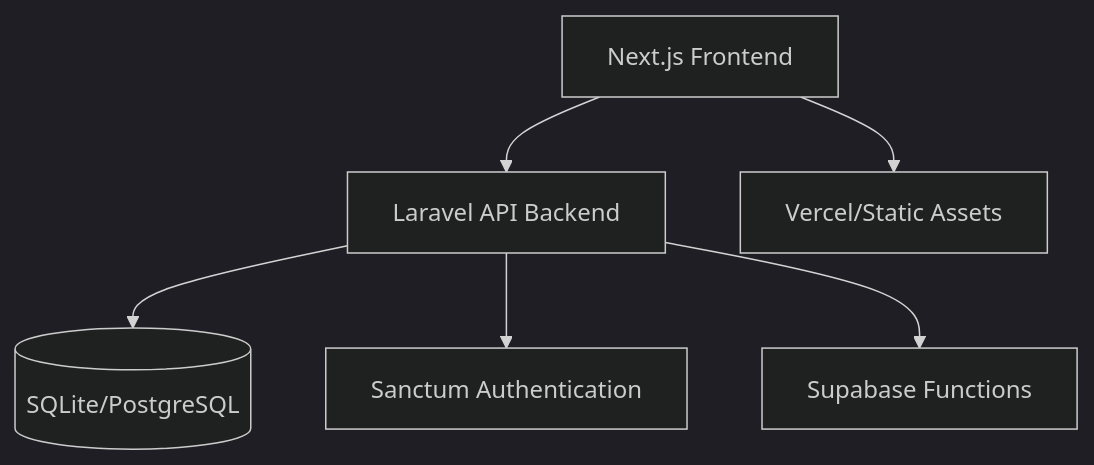
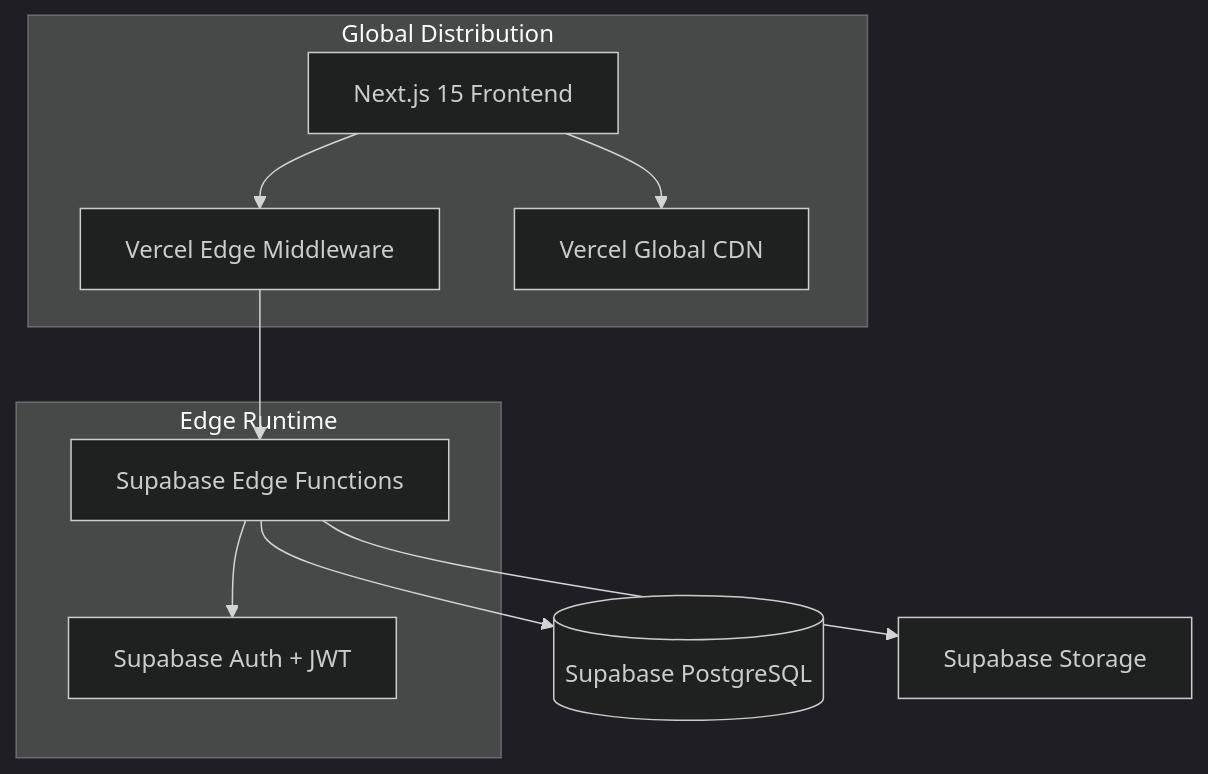
Before and after one commit to kdesigncreate/RWS: the diagram in README.md, drawn with Mermaid (dark theme). The commit also changed other lines of this file and 11 other files, not shown here.

````diff
--- a/README.md
+++ b/README.md
@@ -23,8 +23,20 @@
 ```mermaid
 graph TB
-    Client[Next.js Frontend] --> API[Laravel API Backend]
-    API --> DB[(SQLite/PostgreSQL)]
-    API --> Auth[Sanctum Authentication]
-    Client --> CDN[Vercel/Static Assets]
-    API --> Supabase[Supabase Functions]
+    Client[Next.js 15 Frontend] --> Middleware[Vercel Edge Middleware]
+    Middleware --> Functions[Supabase Edge Functions]
+    Functions --> DB[(Supabase PostgreSQL)]
+    Functions --> Auth[Supabase Auth + JWT]
+    Client --> CDN[Vercel Global CDN]
+    Functions --> Storage[Supabase Storage]
+    
+    subgraph "Edge Runtime"
+        Functions
+        Auth
+    end
+    
+    subgraph "Global Distribution"
+        Client
+        CDN
+        Middleware
+    end
 ```
````
